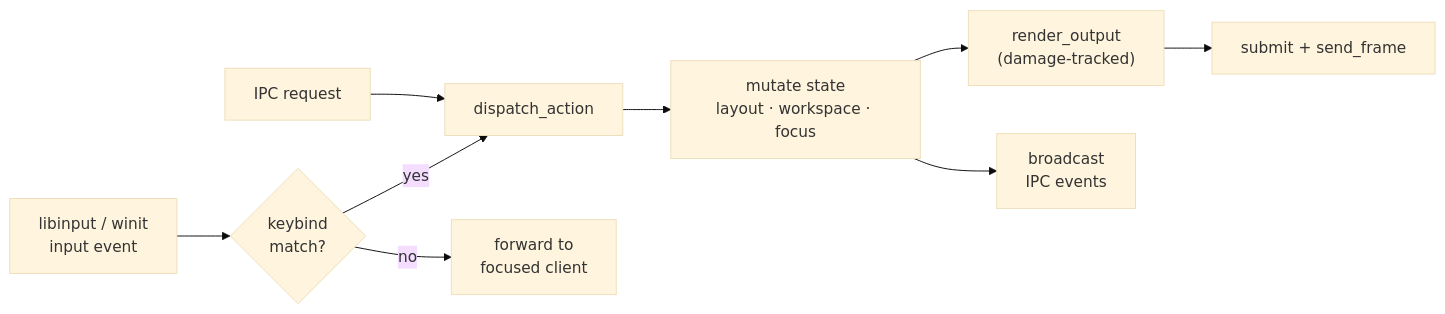
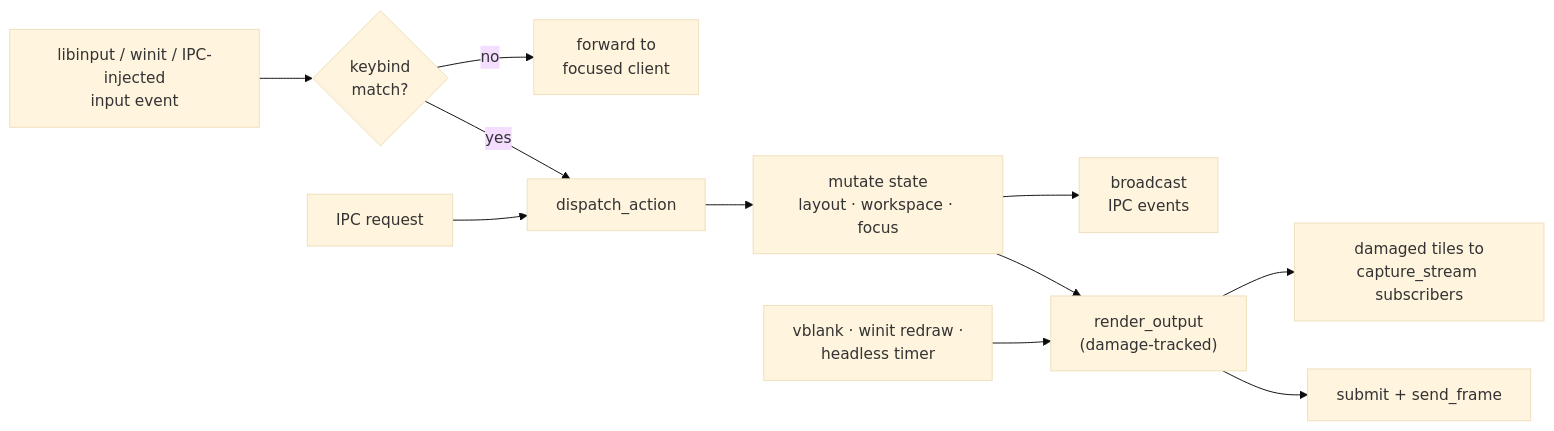
Before and after one commit to szarta/shoestring-wm: the third of 3 diagrams in docs/architecture.md, drawn with Mermaid (base theme). The commit also changed other lines of this file and 1 other file, not shown here.

First line of the commit message:
docs: show headless serve mode and remote tools in the architecture diagrams, state lightweight budgets

````diff
--- a/docs/architecture.md
+++ b/docs/architecture.md
@@ -152,11 +184,13 @@
 ```mermaid
 flowchart LR
-    inev["libinput / winit<br/>input event"] --> filter{"keybind<br/>match?"}
+    inev["libinput / winit / IPC-injected<br/>input event"] --> filter{"keybind<br/>match?"}
     filter -->|yes| action["dispatch_action"]
     filter -->|no| forward["forward to<br/>focused client"]
     ipcreq["IPC request"] --> action
     action --> state["mutate state<br/>layout · workspace · focus"]
+    tick["vblank · winit redraw ·<br/>headless timer"] --> render
     state --> render["render_output<br/>(damage-tracked)"]
     render --> present["submit + send_frame"]
+    render --> tiles["damaged tiles to<br/>capture_stream subscribers"]
     state --> events["broadcast<br/>IPC events"]
 ```
````
